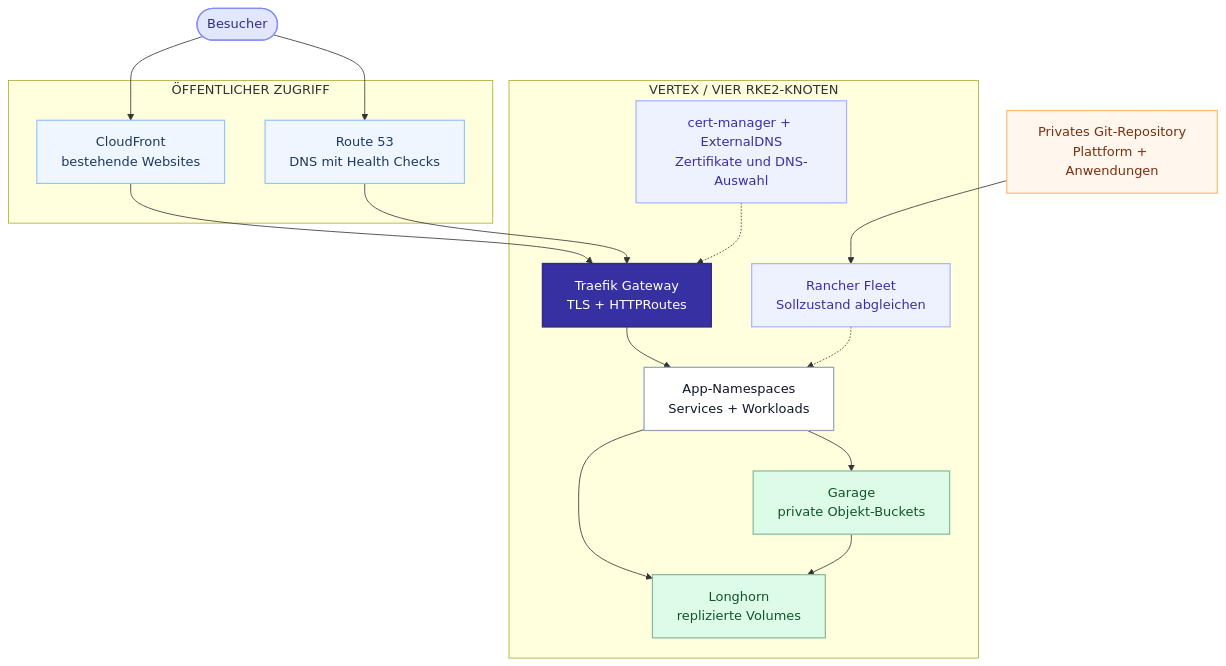
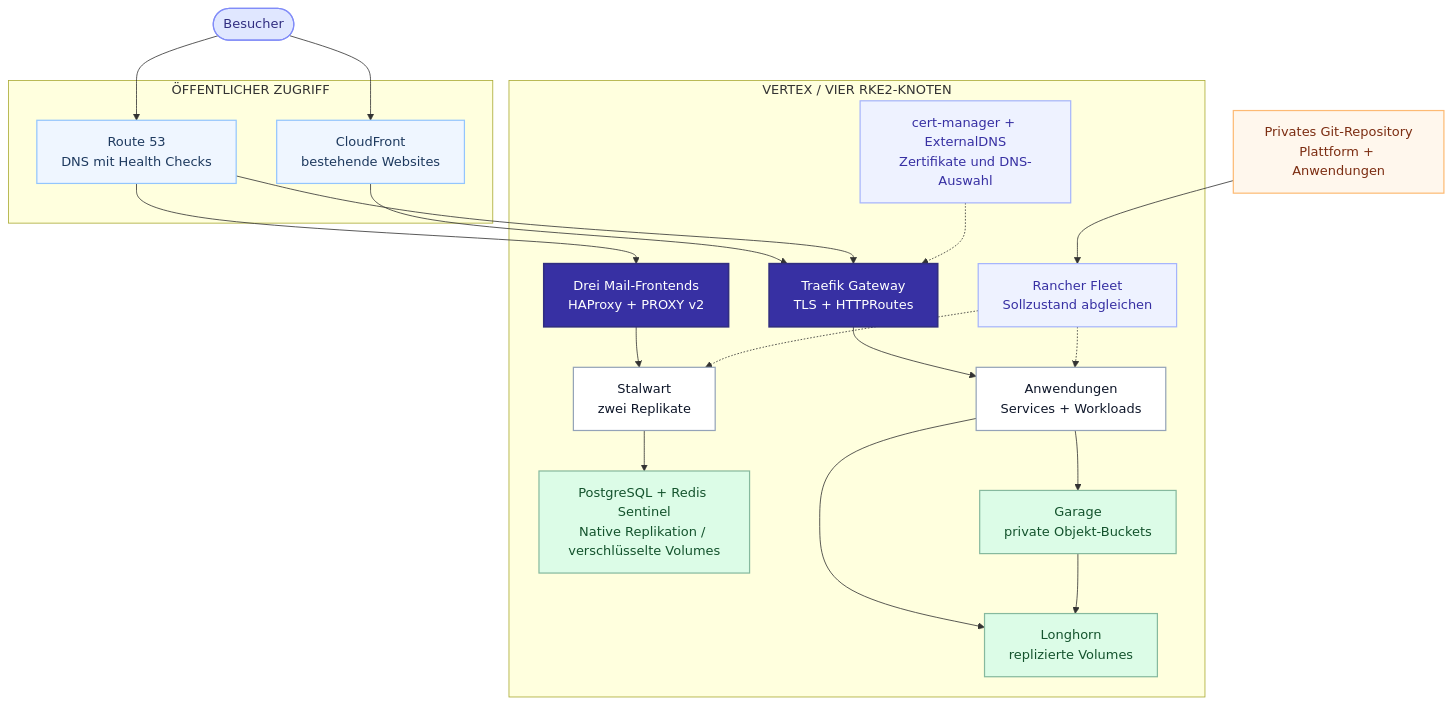
One commit to Paul1404/astro-portfolio changed the diagram in docs/diagrams/vertex/de-architecture.mmd. Above: the diagram before and after it, drawn with Mermaid. The commit also changed 20 other files, not shown here.

Commit message:
Document the Stalwart migration and shared mail architecture on Vertex

```diff
--- a/docs/diagrams/vertex/de-architecture.mmd
+++ b/docs/diagrams/vertex/de-architecture.mmd
@@ -1,31 +1,36 @@
 flowchart TB
   accTitle: Datenverkehr und Plattformarchitektur von Vertex
-  accDescr: Besucher erreichen das Traefik-Gateway direkt über Route 53 oder bei bestehenden Websites über CloudFront. HTTPRoutes leiten zu isolierten Anwendungsdiensten. Rancher Fleet gleicht den Sollzustand ab; cert-manager und ExternalDNS verwalten ausgewählte Zertifikate und DNS-Einträge. Longhorn stellt replizierten Speicher bereit, Garage S3-kompatible Buckets.
+  accDescr: Besucher erreichen das Traefik-Gateway direkt über Route 53 oder bei bestehenden Websites über CloudFront. HTTPRoutes leiten zu isolierten Anwendungsdiensten. Rancher Fleet gleicht den Sollzustand ab; cert-manager und ExternalDNS verwalten ausgewählte Zertifikate und DNS-Einträge. Longhorn stellt replizierten Speicher bereit, Garage S3-kompatible Buckets. Mail nutzt drei HAProxy-Frontends, zwei Stalwart-Replikate und nativ replizierte PostgreSQL- und Redis-Speicher.
   Visitor([Besucher]):::person
   subgraph edge["ÖFFENTLICHER ZUGRIFF"]
     DNS["Route 53<br/>DNS mit Health Checks"]:::cloud
     CDN["CloudFront<br/>bestehende Websites"]:::cloud
   end
   subgraph cluster["VERTEX / VIER RKE2-KNOTEN"]
     GW["Traefik Gateway<br/>TLS + HTTPRoutes"]:::gateway
-    Apps["App-Namespaces<br/>Services + Workloads"]:::workload
+    MailEdge["Drei Mail-Frontends<br/>HAProxy + PROXY v2"]:::gateway
+    Mail["Stalwart<br/>zwei Replikate"]:::workload
+    MailDB["PostgreSQL + Redis Sentinel<br/>Native Replikation / verschlüsselte Volumes"]:::storage
+    Apps["Anwendungen<br/>Services + Workloads"]:::workload
     Store["Longhorn<br/>replizierte Volumes"]:::storage
     Garage["Garage<br/>private Objekt-Buckets"]:::storage
     Fleet["Rancher Fleet<br/>Sollzustand abgleichen"]:::control
     Cert["cert-manager + ExternalDNS<br/>Zertifikate und DNS-Auswahl"]:::control
   end
   Git["Privates Git-Repository<br/>Plattform + Anwendungen"]:::source
   Visitor --> DNS
   Visitor --> CDN --> GW
   DNS --> GW --> Apps
   Git --> Fleet -.-> Apps
   Cert -.-> GW
+  DNS --> MailEdge --> Mail --> MailDB
+  Fleet -.-> Mail
   Apps --> Store
   Apps --> Garage --> Store
   classDef person fill:#e0e7ff,stroke:#818cf8,color:#312e81,stroke-width:1.5px
   classDef cloud fill:#eff6ff,stroke:#93c5fd,color:#1e3a5f,stroke-width:1.5px
   classDef gateway fill:#3730a3,stroke:#312e81,color:#ffffff,stroke-width:2px
   classDef workload fill:#ffffff,stroke:#94a3b8,color:#0f172a,stroke-width:1.5px
   classDef storage fill:#dcfce7,stroke:#86b99e,color:#14532d,stroke-width:1.5px
   classDef control fill:#eef2ff,stroke:#a5b4fc,color:#3730a3,stroke-width:1.5px
   classDef source fill:#fff7ed,stroke:#fdba74,color:#7c2d12,stroke-width:1.5px
```
